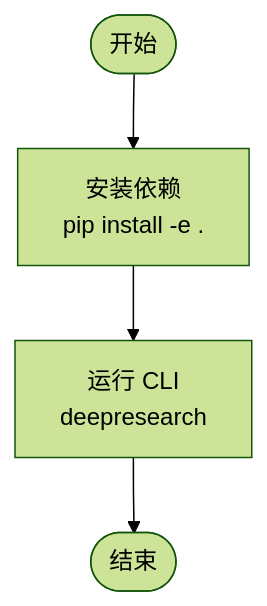
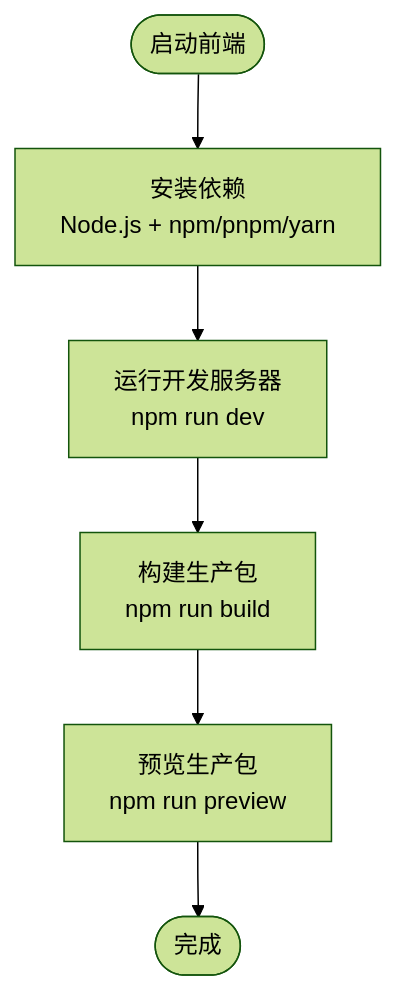
The third of 6 diagrams in .qoder/repowiki/zh/content/快速开始.md (daoApps/daoApps), drawn with Mermaid (forest theme) before and after one commit. The commit also changed other lines of this file and 274 other files, not shown here.

````diff
--- a/.qoder/repowiki/zh/content/快速开始.md
+++ b/.qoder/repowiki/zh/content/快速开始.md
@@ -240,6 +112,8 @@
 ```mermaid
 flowchart TD
-Start(["开始"]) --> Install["安装依赖<br/>pip install -e ."]
-Install --> Run["运行 CLI<br/>deepresearch"]
-Run --> End(["结束"])
+Start(["启动前端"]) --> Install["安装依赖<br/>Node.js + npm/pnpm/yarn"]
+Install --> Dev["运行开发服务器<br/>npm run dev"]
+Dev --> Build["构建生产包<br/>npm run build"]
+Build --> Preview["预览生产包<br/>npm run preview"]
+Preview --> Done(["完成"])
 ```
````
